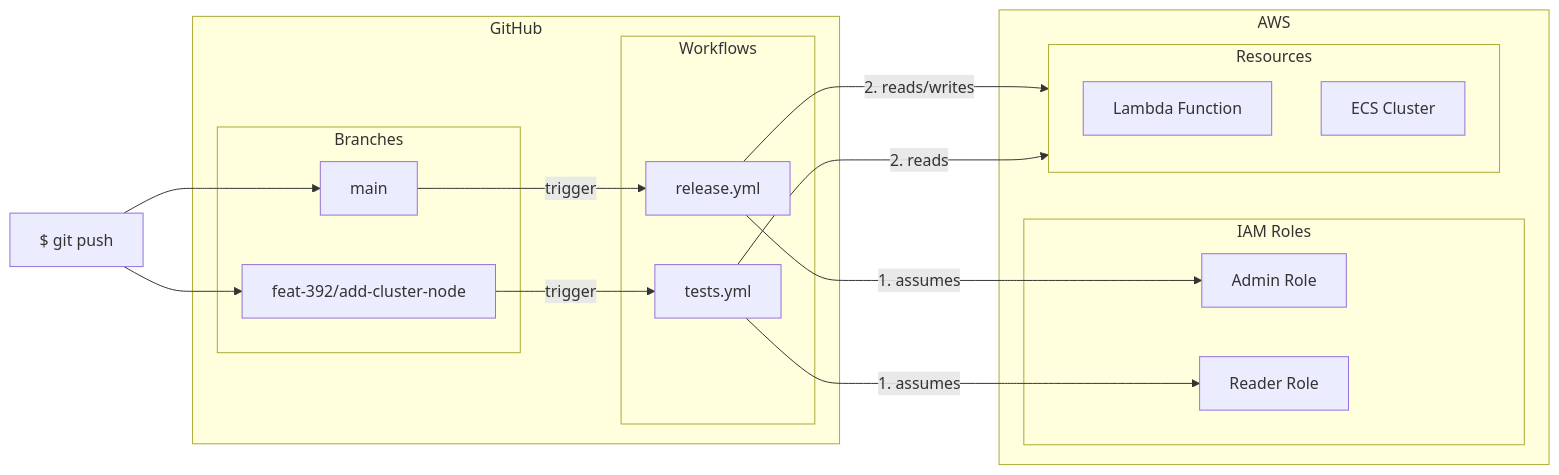
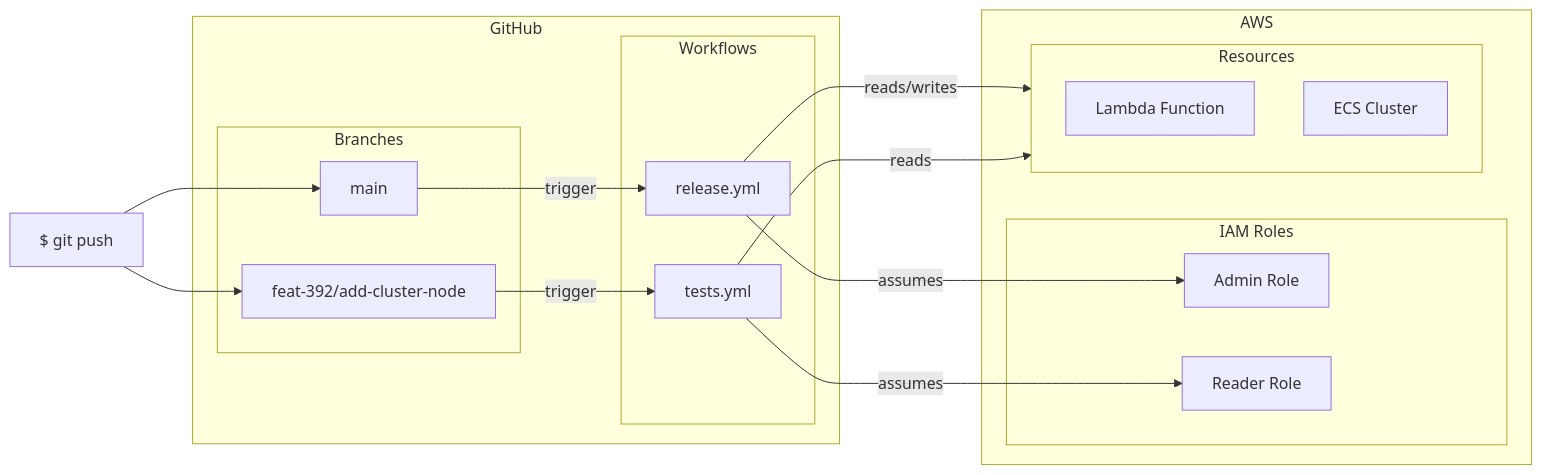
One commit to capralifecycle/terraform-github-aws-oidc changed the first of 2 diagrams in README.md. Above: the diagram before and after it, drawn with Mermaid. The commit also changed other lines of this file, not shown here.

Commit message:
docs: reorder subgraphs and remove list syntax
There is a discrepancy between the supported syntax and layout rendering
of IntelliJ and GitHub. Removing lists and reordering subgraphs

````diff
--- a/README.md
+++ b/README.md
@@ -16,32 +16,32 @@
 ```mermaid
 flowchart LR
     subgraph github[GitHub]
         subgraph branches[Branches]
             trunk[main]
             non_trunk[feat-392/add-cluster-node]
         end
         subgraph gha_workflows[Workflows]
             wf_release[release.yml]
             wf_tests[tests.yml]
         end
     end
     subgraph aws[AWS]
         subgraph iam_roles[IAM Roles]
             admin_role[Admin Role]
             reader_role[Reader Role]
         end
         subgraph resources[Resources]
             lambda_functions[Lambda Function]
             ecs_cluster[ECS Cluster]
         end
     end
 
 %% trunk
     push[$ git push] --> trunk -- trigger --> wf_release
-    wf_release -- 1. assumes --> admin_role
-    wf_release -- 2. reads/writes --> resources
+    wf_release -- assumes --> admin_role
+    wf_release --  reads/writes --> resources
 %% non-trunk
     push --> non_trunk -- trigger --> wf_tests
-    wf_tests -- 1. assumes --> reader_role
-    wf_tests -- 2. reads --> resources
+    wf_tests -- assumes --> reader_role
+    wf_tests -- reads --> resources
 ```
````
